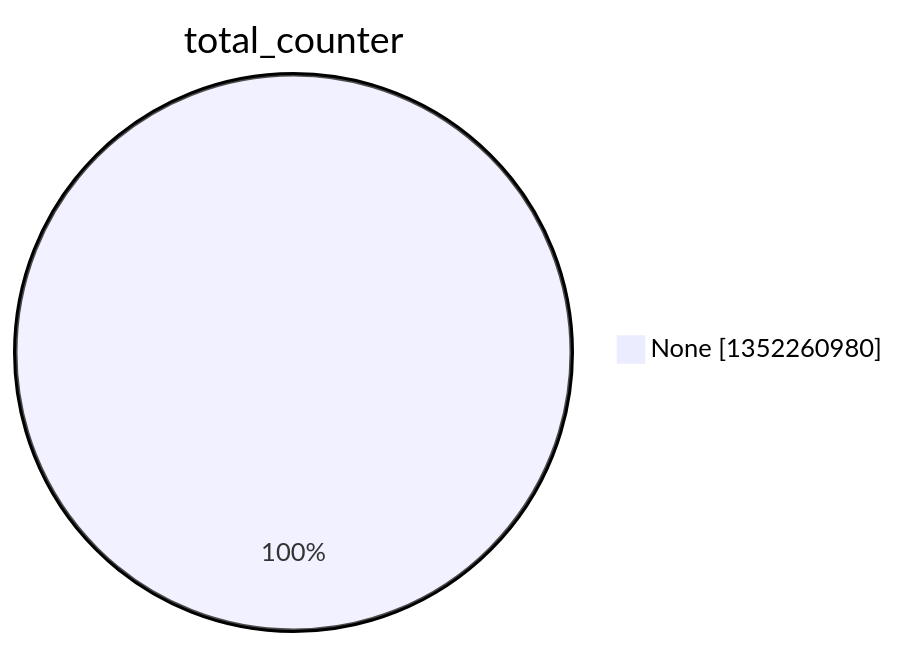
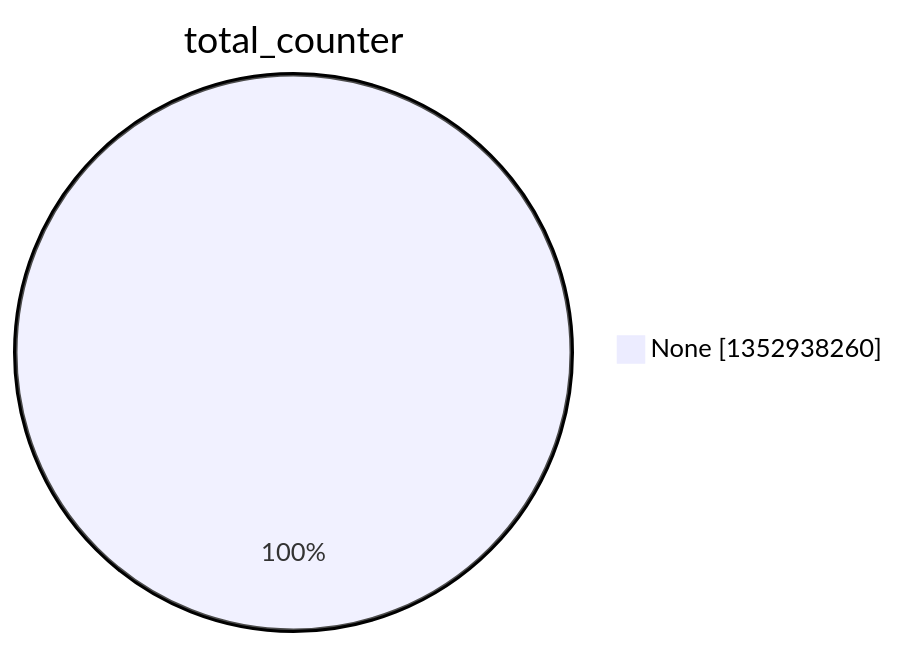
The second of 15 diagrams in argon2022/README.md (christiankrug/ctmonitor_visualization), drawn with Mermaid before and after one commit. The commit also changed other lines of this file, not shown here.

````diff
--- a/argon2022/README.md
+++ b/argon2022/README.md
@@ -9,5 +9,5 @@
 ```mermaid
 pie showData
 title total_counter
-"None" :1352260980
+"None" :1352938260
 ```
````
